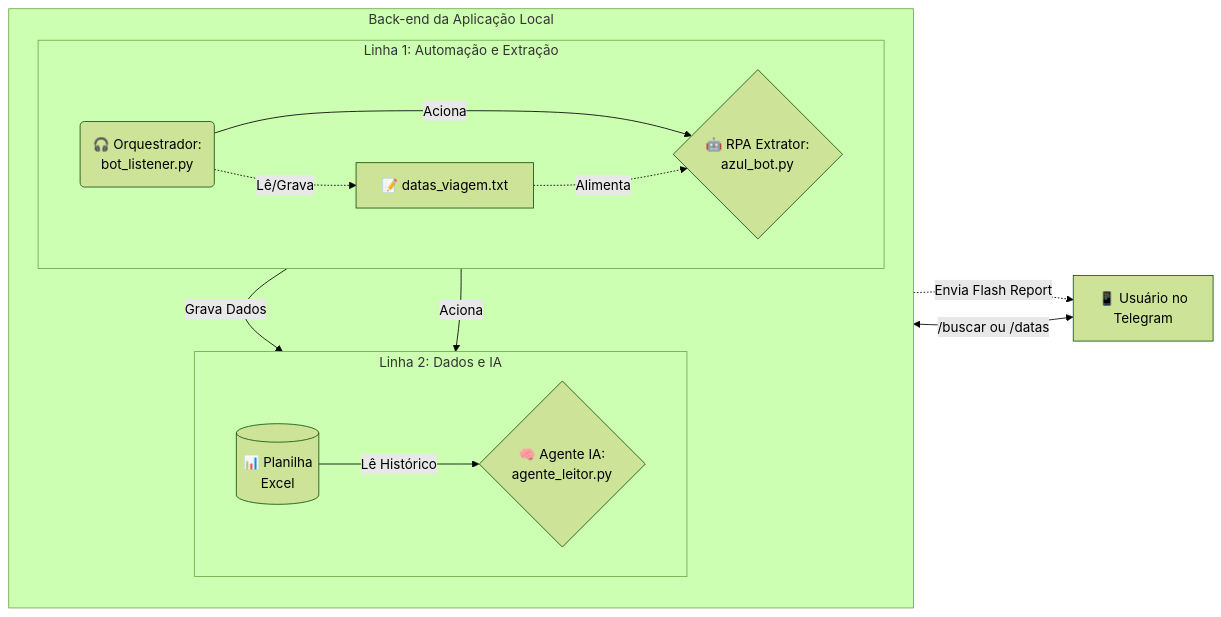
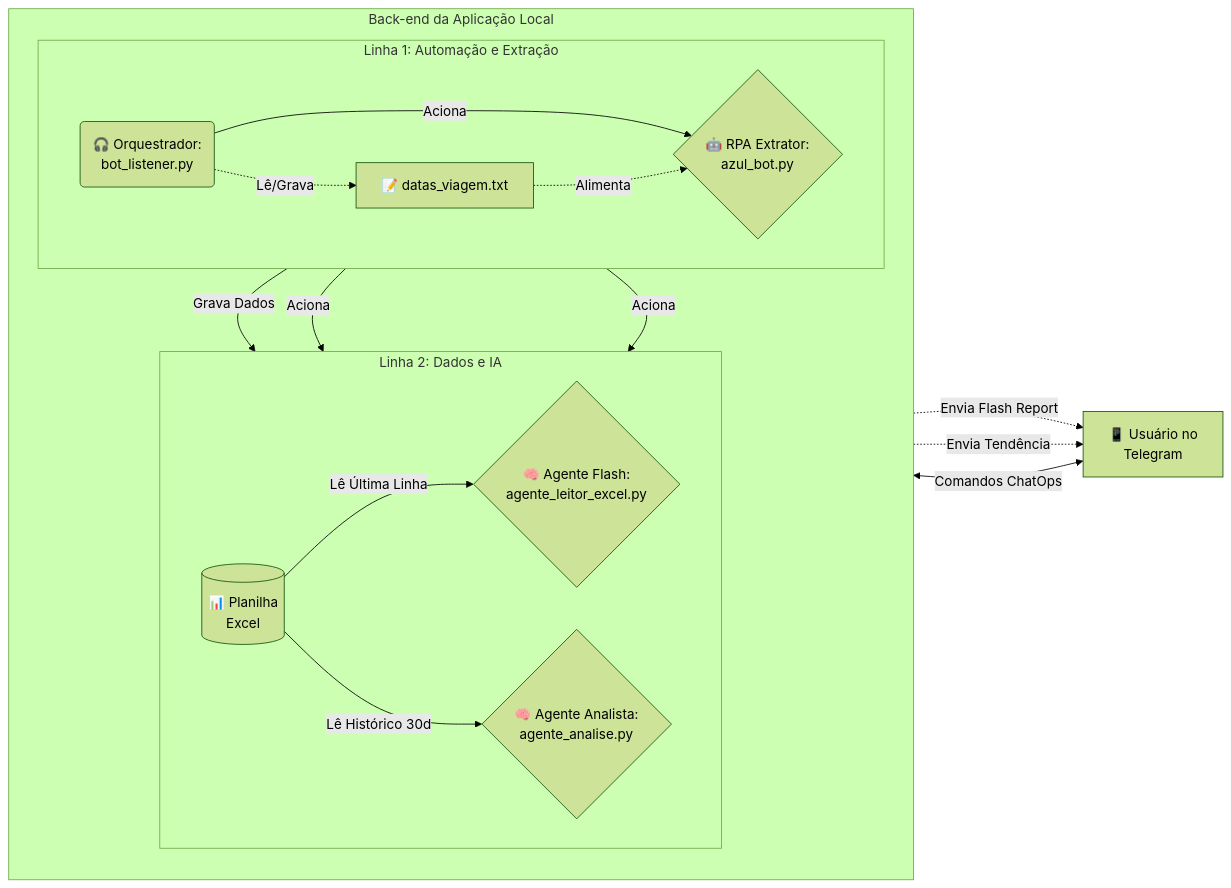
Before and after one commit to junior-honorato/flight-fares-rpa-bot: the diagram in README.md, drawn with Mermaid (forest theme). The commit also changed other lines of this file, not shown here.

````diff
--- a/README.md
+++ b/README.md
@@ -9,29 +9,32 @@
 ```mermaid
 flowchart LR
     A[📱 Usuário no<br>Telegram]
 
     subgraph Backend [Back-end da Aplicação Local]
         direction TB
         
         subgraph L1 [Linha 1: Automação e Extração]
             direction LR
             B(🎧 Orquestrador:<br>bot_listener.py) -.->|Lê/Grava| F[📝 datas_viagem.txt]
             B -->|Aciona| C{🤖 RPA Extrator:<br>azul_bot.py}
             F -.->|Alimenta| C
         end
         
         subgraph L2 [Linha 2: Dados e IA]
             direction LR
-            D[(📊 Planilha<br>Excel)] -->|Lê Histórico| E{🧠 Agente IA:<br>agente_leitor.py}
+            D[(📊 Planilha<br>Excel)] -->|Lê Última Linha| E{🧠 Agente Flash:<br>agente_leitor_excel.py}
+            D -->|Lê Histórico 30d| G{🧠 Agente Analista:<br>agente_analise.py}
         end
         
         %% A MÁGICA ACONTECE AQUI: Elo invisível para forçar a L2 abaixo da L1
         L1 ~~~ L2
         
         C -->|Grava Dados| D
         B -->|Aciona| E
+        B -->|Aciona| G
     end
 
-    A <-->|/buscar ou /datas| B
+    A <-->|Comandos ChatOps| B
     E -.->|Envia Flash Report| A
+    G -.->|Envia Tendência| A
 ```
````
